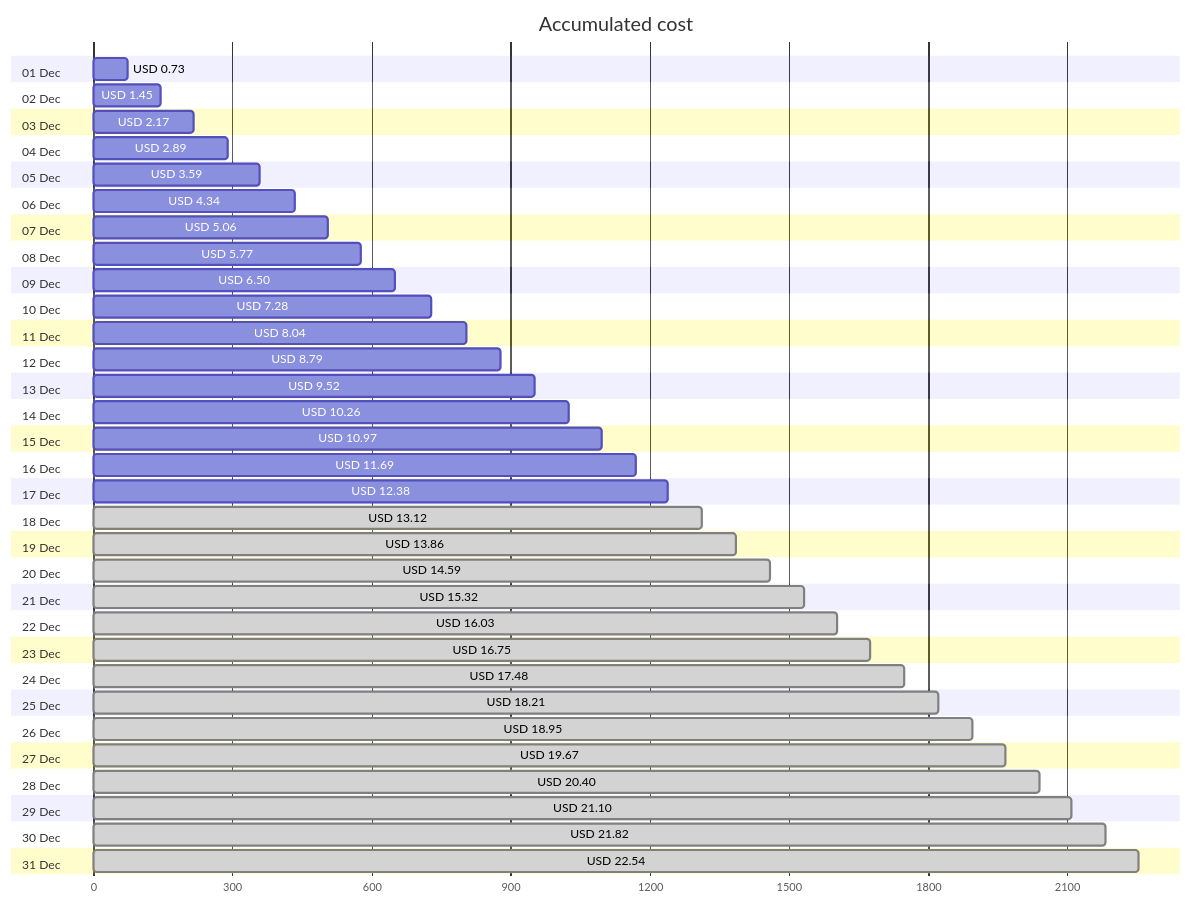
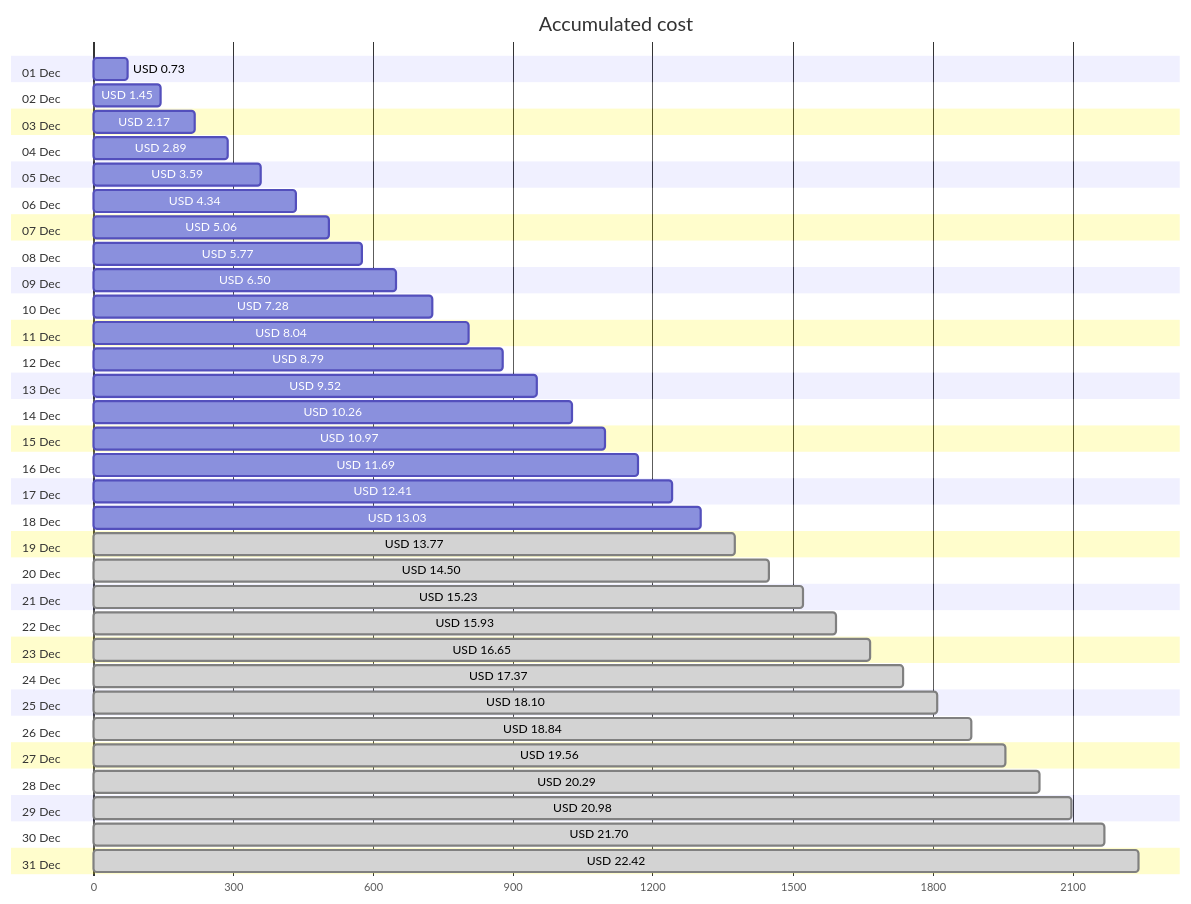
Before and after one commit to jpfulton/azure-personal-reports: the first of 4 diagrams in cost-reports/personal-network/backup-server-data-disk.md, drawn with Mermaid. The commit also changed other lines of this file and 8 other files, not shown here.

````diff
--- a/cost-reports/personal-network/backup-server-data-disk.md
+++ b/cost-reports/personal-network/backup-server-data-disk.md
@@ -20,68 +20,68 @@
 ```mermaid
 gantt
    title Accumulated cost
    dateFormat  X
    axisFormat %s
    section 01 Dec
    USD 0.73 :0, 73
    section 02 Dec
    USD 1.45 :0, 145
    section 03 Dec
    USD 2.17 :0, 217
    section 04 Dec
    USD 2.89 :0, 289
    section 05 Dec
    USD 3.59 :0, 359
    section 06 Dec
    USD 4.34 :0, 434
    section 07 Dec
    USD 5.06 :0, 506
    section 08 Dec
    USD 5.77 :0, 577
    section 09 Dec
    USD 6.50 :0, 650
    section 10 Dec
    USD 7.28 :0, 728
    section 11 Dec
    USD 8.04 :0, 804
    section 12 Dec
    USD 8.79 :0, 879
    section 13 Dec
    USD 9.52 :0, 952
    section 14 Dec
    USD 10.26 :0, 1026
    section 15 Dec
    USD 10.97 :0, 1097
    section 16 Dec
    USD 11.69 :0, 1169
    section 17 Dec
-   USD 12.38 :0, 1238
+   USD 12.41 :0, 1241
    section 18 Dec
-   USD 13.12 : done, 0, 1312
+   USD 13.03 :0, 1303
    section 19 Dec
-   USD 13.86 : done, 0, 1386
+   USD 13.77 : done, 0, 1377
    section 20 Dec
-   USD 14.59 : done, 0, 1459
+   USD 14.50 : done, 0, 1450
    section 21 Dec
-   USD 15.32 : done, 0, 1532
+   USD 15.23 : done, 0, 1523
    section 22 Dec
-   USD 16.03 : done, 0, 1603
+   USD 15.93 : done, 0, 1593
    section 23 Dec
-   USD 16.75 : done, 0, 1675
+   USD 16.65 : done, 0, 1665
    section 24 Dec
-   USD 17.48 : done, 0, 1748
+   USD 17.37 : done, 0, 1737
    section 25 Dec
-   USD 18.21 : done, 0, 1821
+   USD 18.10 : done, 0, 1810
    section 26 Dec
-   USD 18.95 : done, 0, 1895
+   USD 18.84 : done, 0, 1884
    section 27 Dec
-   USD 19.67 : done, 0, 1967
+   USD 19.56 : done, 0, 1956
    section 28 Dec
-   USD 20.40 : done, 0, 2040
+   USD 20.29 : done, 0, 2029
    section 29 Dec
-   USD 21.10 : done, 0, 2110
+   USD 20.98 : done, 0, 2098
    section 30 Dec
-   USD 21.82 : done, 0, 2182
+   USD 21.70 : done, 0, 2170
    section 31 Dec
-   USD 22.54 : done, 0, 2254
+   USD 22.42 : done, 0, 2242
 ```
````
